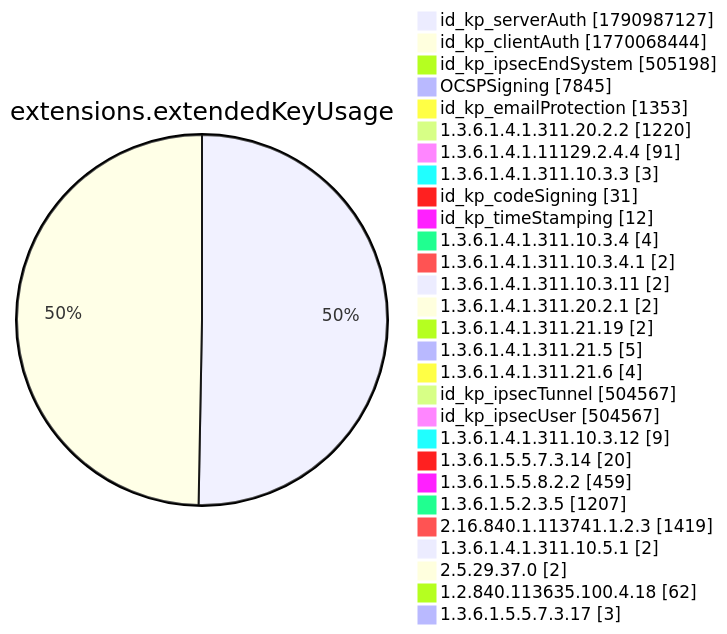
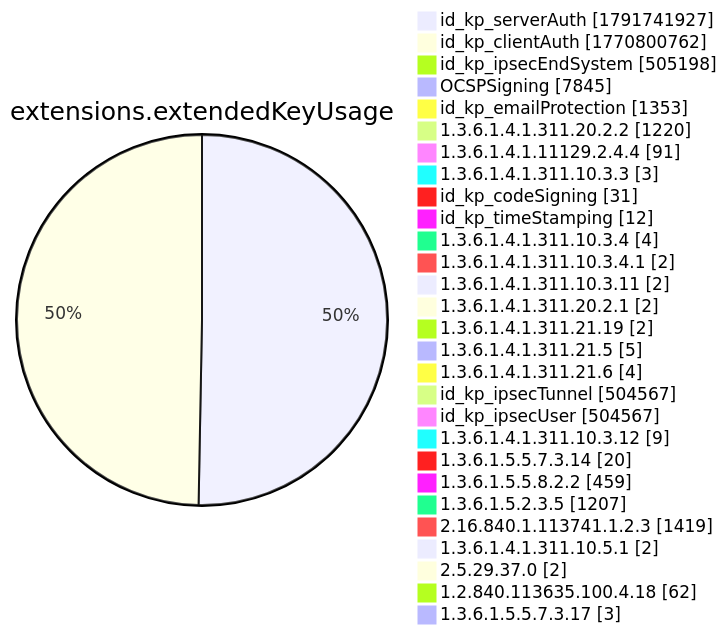
Diagram 12 of 15 in xenon2022/README.md (christiankrug/ctmonitor_visualization), drawn with Mermaid before and after one commit. The commit also changed other lines of this file, not shown here.

````diff
--- a/xenon2022/README.md
+++ b/xenon2022/README.md
@@ -3895,32 +3895,32 @@
 ```mermaid
 pie showData
 title extensions.extendedKeyUsage
-"id_kp_serverAuth" :1790987127
-"id_kp_clientAuth" :1770068444
+"id_kp_serverAuth" :1791741927
+"id_kp_clientAuth" :1770800762
 "id_kp_ipsecEndSystem" :505198
 "OCSPSigning" :7845
 "id_kp_emailProtection" :1353
 "1.3.6.1.4.1.311.20.2.2" :1220
 "1.3.6.1.4.1.11129.2.4.4" :91
 "1.3.6.1.4.1.311.10.3.3" :3
 "id_kp_codeSigning" :31
 "id_kp_timeStamping" :12
 "1.3.6.1.4.1.311.10.3.4" :4
 "1.3.6.1.4.1.311.10.3.4.1" :2
 "1.3.6.1.4.1.311.10.3.11" :2
 "1.3.6.1.4.1.311.20.2.1" :2
 "1.3.6.1.4.1.311.21.19" :2
 "1.3.6.1.4.1.311.21.5" :5
 "1.3.6.1.4.1.311.21.6" :4
 "id_kp_ipsecTunnel" :504567
 "id_kp_ipsecUser" :504567
 "1.3.6.1.4.1.311.10.3.12" :9
 "1.3.6.1.5.5.7.3.14" :20
 "1.3.6.1.5.5.8.2.2" :459
 "1.3.6.1.5.2.3.5" :1207
 "2.16.840.1.113741.1.2.3" :1419
 "1.3.6.1.4.1.311.10.5.1" :2
 "2.5.29.37.0" :2
 "1.2.840.113635.100.4.18" :62
 "1.3.6.1.5.5.7.3.17" :3
 ```
````
